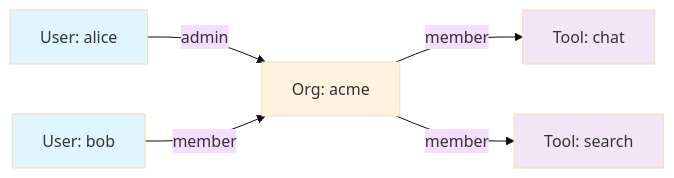
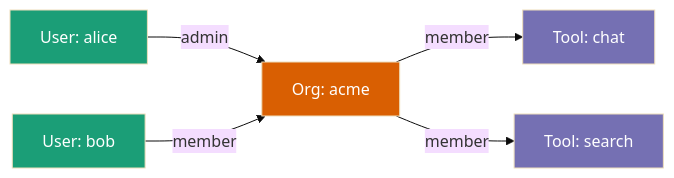
One commit to vishnu2kmohan/mcp-server-langgraph changed the third of 10 diagrams in docs/getting-started/architecture.mdx. Above: the diagram before and after it, drawn with Mermaid (base theme). The commit also changed 4 other files, not shown here.

First line of the commit message:
style: update Mermaid diagrams to dark mode-friendly ColorBrewer2 palette

````diff
--- a/docs/getting-started/architecture.mdx
+++ b/docs/getting-started/architecture.mdx
@@ -278,13 +278,13 @@
 ```mermaid
 graph LR
     User[User: alice] -->|admin| Org[Org: acme]
     Org -->|member| Tool1[Tool: chat]
     Org -->|member| Tool2[Tool: search]
     User2[User: bob] -->|member| Org
 
-    style User fill:#e1f5fe
-    style User2 fill:#e1f5fe
-    style Org fill:#fff3e0
-    style Tool1 fill:#f3e5f5
-    style Tool2 fill:#f3e5f5
+    style User fill:#1b9e77,color:#fff
+    style User2 fill:#1b9e77,color:#fff
+    style Org fill:#d95f02,color:#fff
+    style Tool1 fill:#7570b3,color:#fff
+    style Tool2 fill:#7570b3,color:#fff
 ```
````
